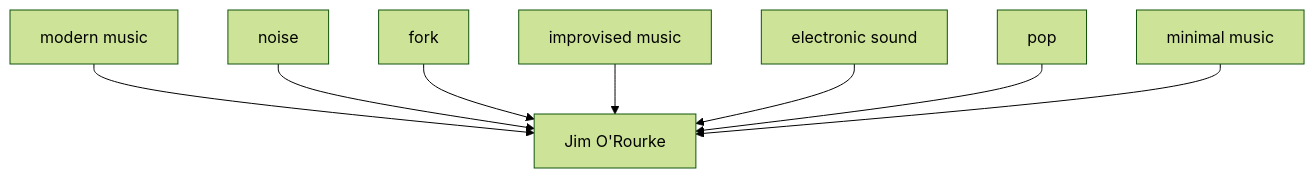
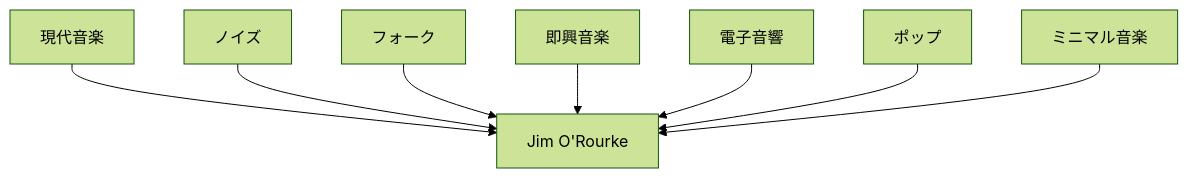
One commit to monumental-movement/monumental-movement.github.io changed the first of 7 diagrams in en/_posts/2026-05-24-column-jim-o-rourke.md. Above: the diagram before and after it, drawn with Mermaid (forest theme). The commit also changed other lines of this file and 2196 other files, not shown here.

```diff
--- a/en/_posts/2026-05-24-column-jim-o-rourke.md
+++ b/en/_posts/2026-05-24-column-jim-o-rourke.md
@@ -64,10 +64,10 @@
 <div class="mermaid">
 graph TD
-A[modern music] --> D[Jim O'Rourke]
-B[noise] --> D
-C[fork] --> D
-E[improvised music] --> D
-F[electronic sound] --> D
-G[pop] --> D
-H[minimal music] --> D
+A[現代音楽] --> D[Jim O'Rourke]
+B[ノイズ] --> D
+C[フォーク] --> D
+E[即興音楽] --> D
+F[電子音響] --> D
+G[ポップ] --> D
+H[ミニマル音楽] --> D
 </div>
```
